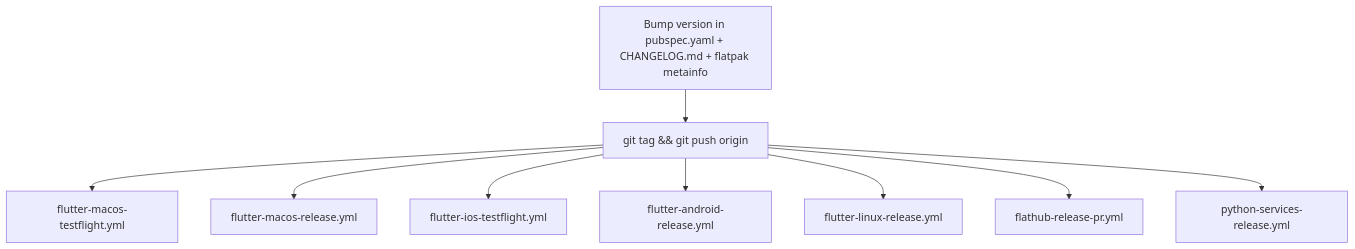
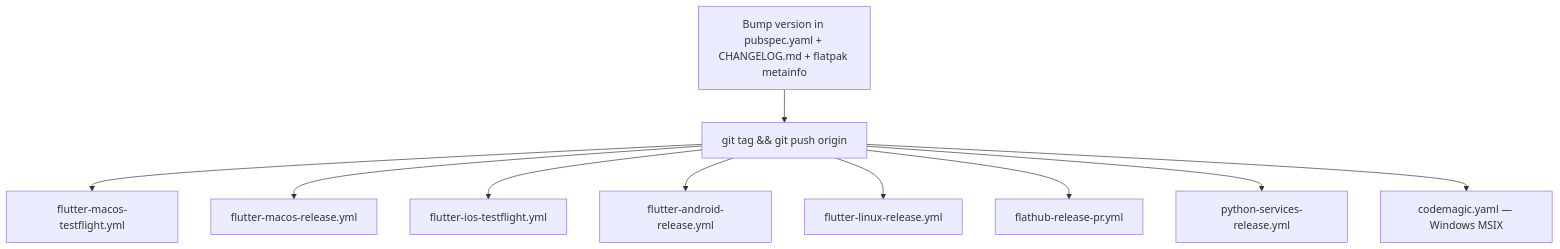
Before and after one commit to matthiasn/lotti: the diagram in knowledge/architecture/platform-and-release.md, drawn with Mermaid. The commit also changed other lines of this file and 1 other file, not shown here.

First line of the commit message:
ci: read the Windows Flutter version from .fvmrc

````diff
--- a/knowledge/architecture/platform-and-release.md
+++ b/knowledge/architecture/platform-and-release.md
@@ -79,11 +104,12 @@
 ```mermaid
 flowchart TD
   Bump["Bump version in pubspec.yaml + CHANGELOG.md + flatpak metainfo"] --> Tag["git tag <version> && git push origin <version>"]
   Tag --> A["flutter-macos-testflight.yml"]
   Tag --> B["flutter-macos-release.yml"]
   Tag --> C["flutter-ios-testflight.yml"]
   Tag --> D["flutter-android-release.yml"]
   Tag --> E["flutter-linux-release.yml"]
   Tag --> F["flathub-release-pr.yml"]
   Tag --> G["python-services-release.yml"]
+  Tag --> H["codemagic.yaml — Windows MSIX"]
 ```
````
